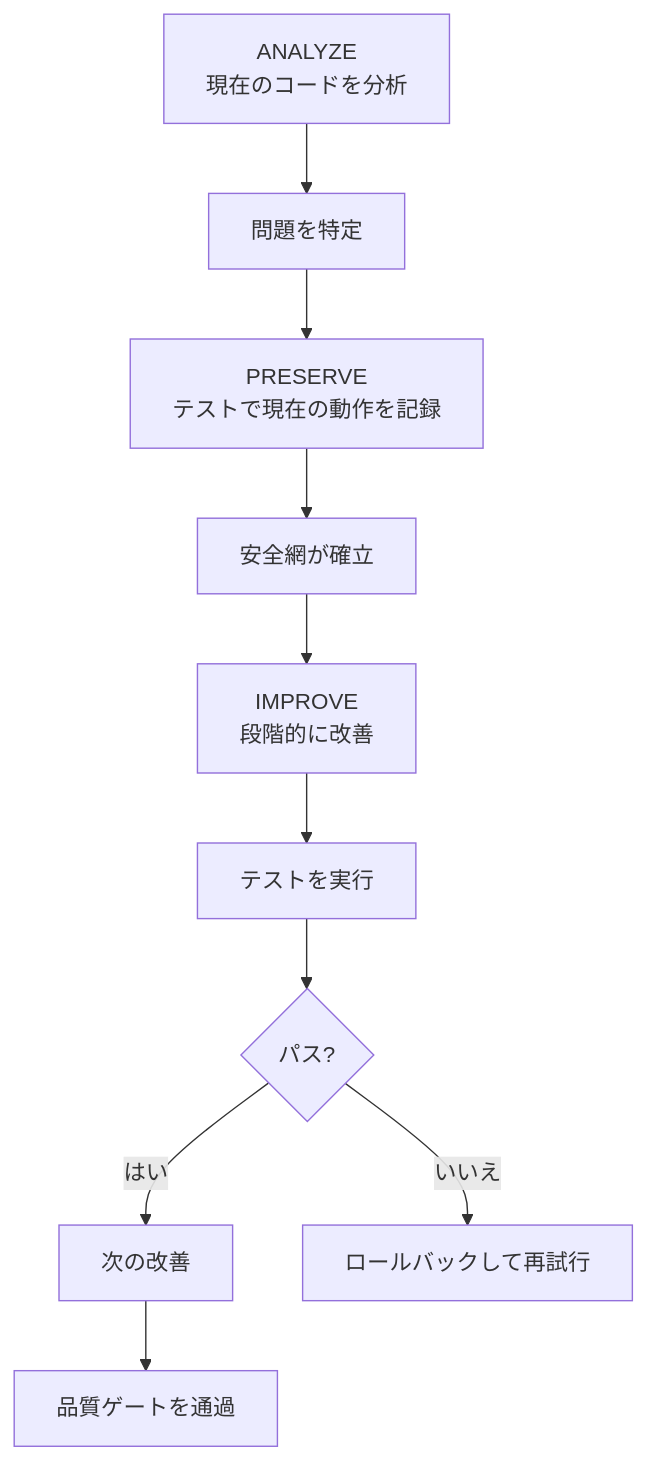
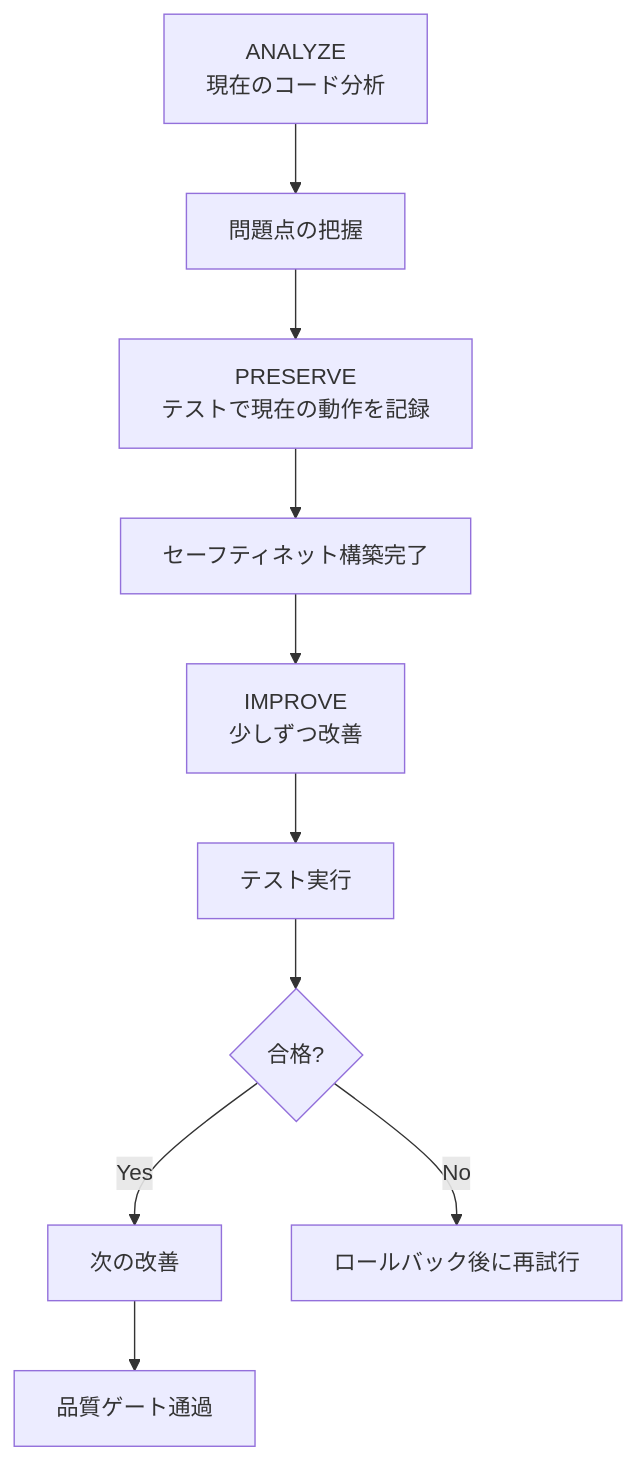
The fifth of 9 diagrams in docs-site/content/ja/getting-started/quickstart.md (modu-ai/moai-adk), drawn with Mermaid before and after one commit. The commit also changed other lines of this file and 395 other files, not shown here.

````diff
--- a/docs-site/content/ja/getting-started/quickstart.md
+++ b/docs-site/content/ja/getting-started/quickstart.md
@@ -191,12 +191,12 @@
 ```mermaid
 flowchart TD
-    A["ANALYZE<br/>現在のコードを分析"] --> B["問題を特定"]
+    A["ANALYZE<br/>現在のコード分析"] --> B["問題点の把握"]
     B --> C["PRESERVE<br/>テストで現在の動作を記録"]
-    C --> D["安全網が確立"]
-    D --> E["IMPROVE<br/>段階的に改善"]
-    E --> F["テストを実行"]
-    F --> G{"パス?"}
-    G -->|はい| H["次の改善"]
-    G -->|いいえ| I["ロールバックして再試行"]
-    H --> J["品質ゲートを通過"]
+    C --> D["セーフティネット構築完了"]
+    D --> E["IMPROVE<br/>少しずつ改善"]
+    E --> F["テスト実行"]
+    F --> G{"合格?"}
+    G -->|Yes| H["次の改善"]
+    G -->|No| I["ロールバック後に再試行"]
+    H --> J["品質ゲート通過"]
 ```
````
